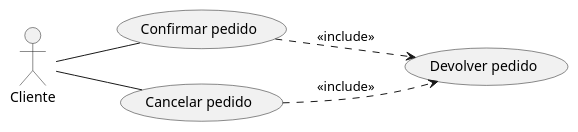
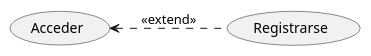
The diagram in CasosDeUso1.puml (CorazaNegra/CasosDeUsos1), drawn with PlantUML before and after one commit.

Commit message:
relación extend

```diff
--- a/CasosDeUso1.puml
+++ b/CasosDeUso1.puml
@@ -1,14 +1,11 @@
 @startuml
 
 left to right direction
-actor "Cliente" as cl
 
-usecase "Confirmar pedido" as UC1
-usecase "Cancelar pedido" as UC2
-usecase "Devolver pedido" as UC3
-cl -- UC1
-cl -- UC2
-UC1 ..> UC3 : <<include>>
-UC2 ..> UC3 : <<include>>
+usecase "Acceder" as UC1
+usecase "Registrarse" as UC2
+
+UC1 <.. UC2 : <<extend>>
+
 
 @enduml
```
